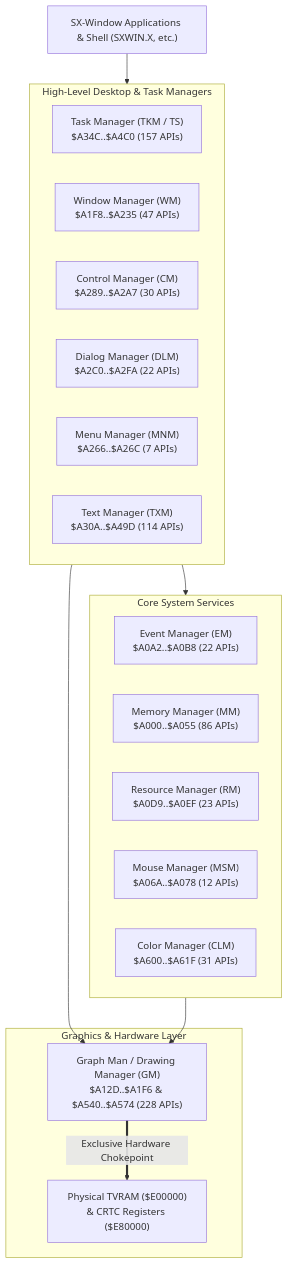
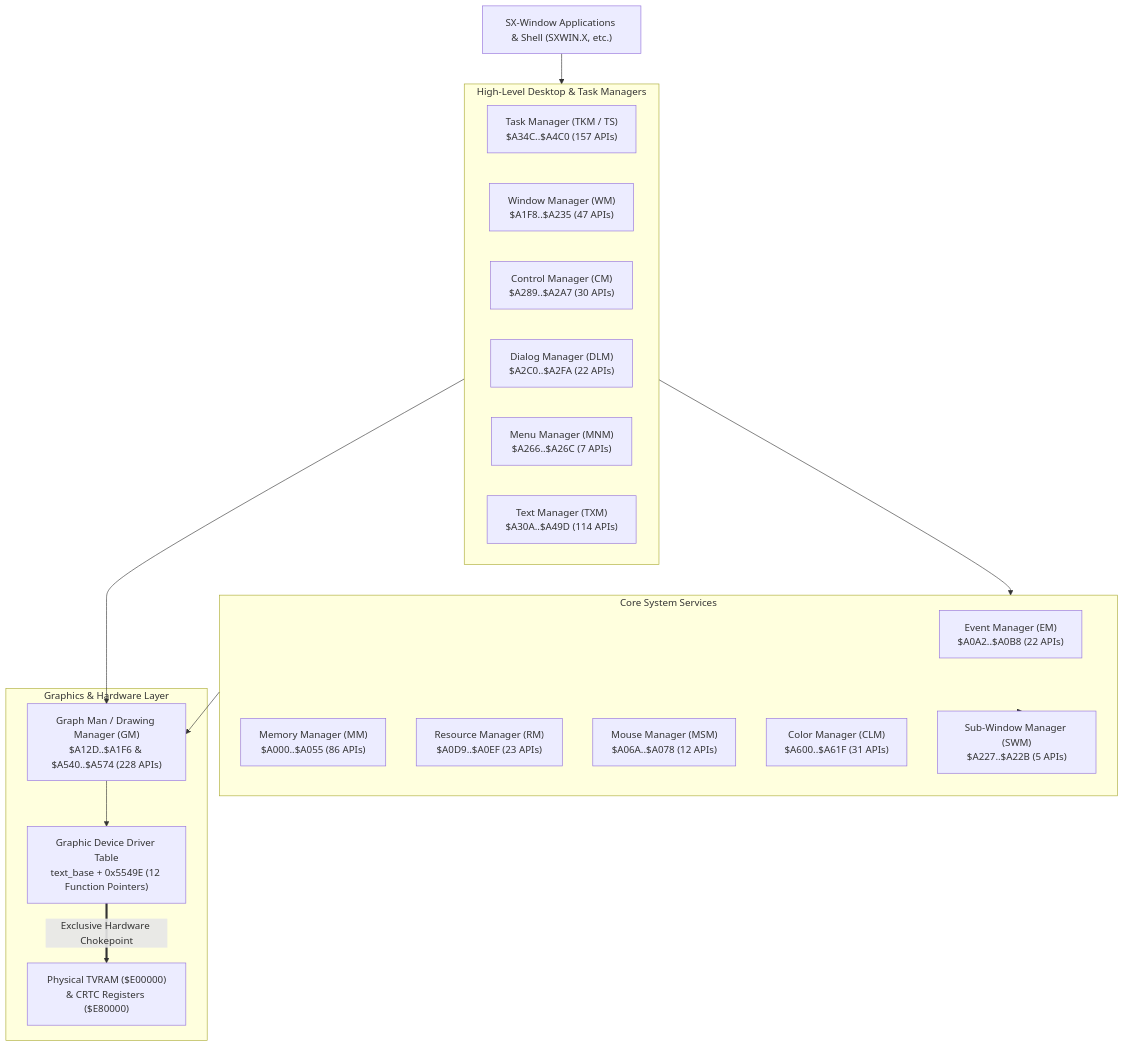
Before and after one commit to toyoshim-i/msx68k: the second of 3 diagrams in docs/SX_WINDOW_API_AND_HOOK_STATUS.md, drawn with Mermaid. The commit also changed other lines of this file, not shown here.

First line of the commit message:
docs(arch): document SRAM modes, virtual GVRAM, and Graph Man internals

````diff
--- a/docs/SX_WINDOW_API_AND_HOOK_STATUS.md
+++ b/docs/SX_WINDOW_API_AND_HOOK_STATUS.md
@@ -137,32 +138,36 @@
 ```mermaid
 graph TD
     App["SX-Window Applications & Shell (SXWIN.X, etc.)"]
 
     subgraph HighLevel["High-Level Desktop & Task Managers"]
         TKM["Task Manager (TKM / TS)<br/>$A34C..$A4C0 (157 APIs)"]
         WM["Window Manager (WM)<br/>$A1F8..$A235 (47 APIs)"]
         CM["Control Manager (CM)<br/>$A289..$A2A7 (30 APIs)"]
         DLM["Dialog Manager (DLM)<br/>$A2C0..$A2FA (22 APIs)"]
         MNM["Menu Manager (MNM)<br/>$A266..$A26C (7 APIs)"]
         TXM["Text Manager (TXM)<br/>$A30A..$A49D (114 APIs)"]
     end
 
     subgraph MidLevel["Core System Services"]
         EM["Event Manager (EM)<br/>$A0A2..$A0B8 (22 APIs)"]
         MM["Memory Manager (MM)<br/>$A000..$A055 (86 APIs)"]
         RM["Resource Manager (RM)<br/>$A0D9..$A0EF (23 APIs)"]
         MSM["Mouse Manager (MSM)<br/>$A06A..$A078 (12 APIs)"]
         CLM["Color Manager (CLM)<br/>$A600..$A61F (31 APIs)"]
+        SWM["Sub-Window Manager (SWM)<br/>$A227..$A22B (5 APIs)"]
     end
 
     subgraph LowLevel["Graphics & Hardware Layer"]
         GM["Graph Man / Drawing Manager (GM)<br/>$A12D..$A1F6 & $A540..$A574 (228 APIs)"]
+        GDD["Graphic Device Driver Table<br/>text_base + 0x5549E (12 Function Pointers)"]
         TVRAM["Physical TVRAM ($E00000)<br/>& CRTC Registers ($E80000)"]
     end
 
     App --> HighLevel
     HighLevel --> MidLevel
     HighLevel --> GM
     MidLevel --> GM
-    GM ==>|"Exclusive Hardware Chokepoint"| TVRAM
+    MidLevel --> SWM
+    GM --> GDD
+    GDD ==>|"Exclusive Hardware Chokepoint"| TVRAM
 ```
````
